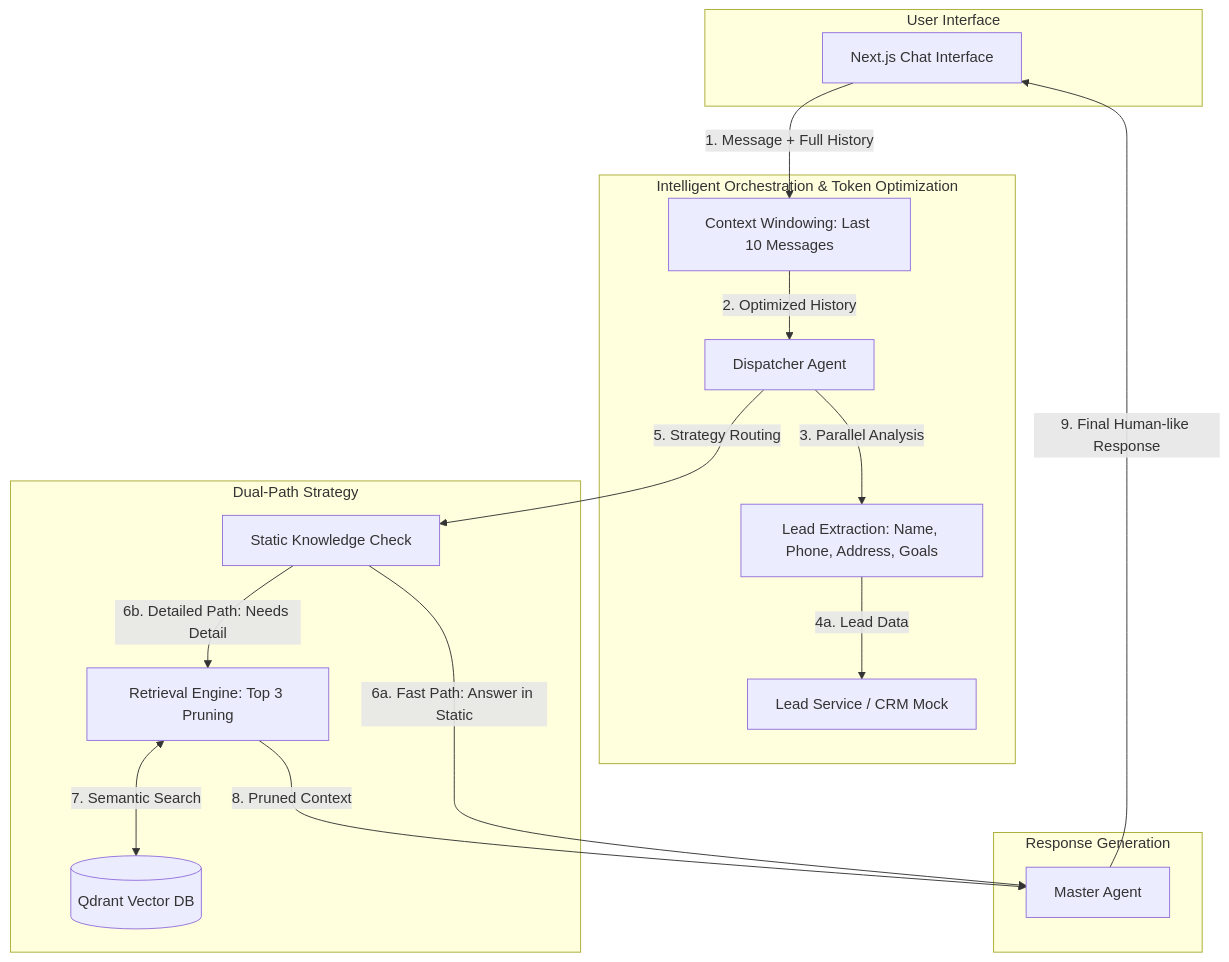
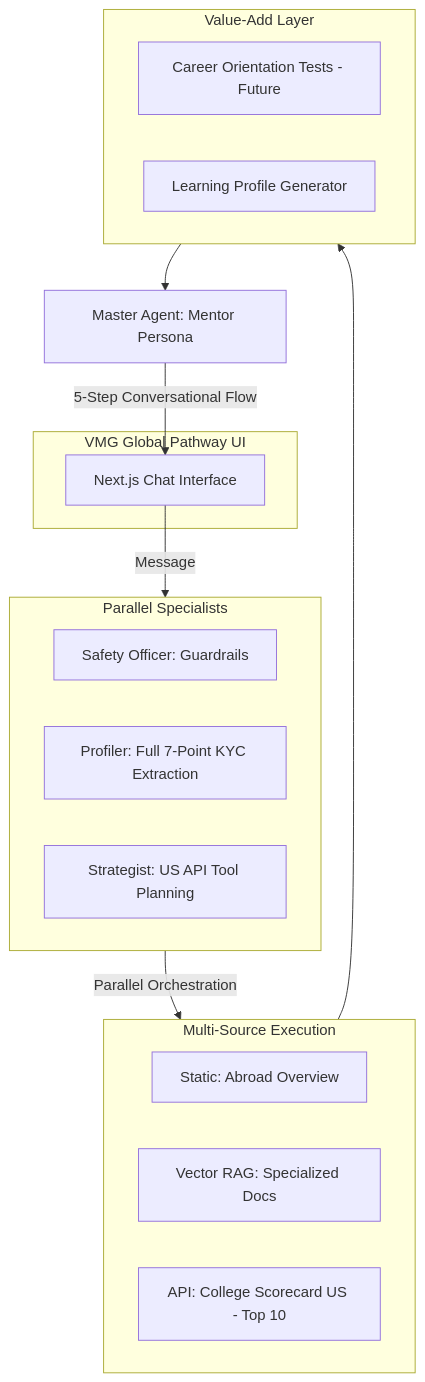
The second of 2 diagrams in README.md (DragonL57/vmg_chatbot), drawn with Mermaid before and after one commit. The commit also changed other lines of this file and 16 other files, not shown here.

First line of the commit message:
feat: Integrate College Scorecard API for U.S. college data in Study Abroad mode

````diff
--- a/README.md
+++ b/README.md
@@ -9,39 +38,29 @@
 ```mermaid
 graph TD
-    subgraph UI_Layer [User Interface]
-        UI[Next.js Chat Interface]
+    subgraph Abroad_UI [VMG Global Pathway UI]
+        UI2[Next.js Chat Interface]
     end
 
-    subgraph Dispatch_Layer [Intelligent Orchestration & Token Optimization]
-        CW[Context Windowing: Last 10 Messages]
-        DA[Dispatcher Agent]
-        LC[Lead Extraction: Name, Phone, Address, Goals]
-        LS[Lead Service / CRM Mock]
+    subgraph Abroad_Intelligence [Parallel Specialists]
+        SA2[Safety Officer: Guardrails]
+        PR2[Profiler: Full 7-Point KYC Extraction]
+        ST2[Strategist: US API Tool Planning]
     end
 
-    subgraph Knowledge_Retrieval [Dual-Path Strategy]
-        SK[Static Knowledge Check]
-        RE[Retrieval Engine: Top 3 Pruning]
-        KV[(Qdrant Vector DB)]
+    subgraph Abroad_Execution [Multi-Source Execution]
+        SK2[Static: Abroad Overview]
+        RE2[Vector RAG: Specialized Docs]
+        EX2[API: College Scorecard US - Top 10]
     end
 
-    subgraph Synthesis_Layer [Response Generation]
-        MS[Master Agent]
+    subgraph Abroad_Engagement [Value-Add Layer]
+        VT[Career Orientation Tests - Future]
+        LP[Learning Profile Generator]
     end
 
-    UI -->|1. Message + Full History| CW
-    CW -->|2. Optimized History| DA
-    
-    DA -->|3. Parallel Analysis| LC
-    LC -->|4a. Lead Data| LS
-    
-    DA -->|5. Strategy Routing| SK
-    
-    SK -->|6a. Fast Path: Answer in Static| MS
-    SK -->|6b. Detailed Path: Needs Detail| RE
-    
-    RE <-->|7. Semantic Search| KV
-    RE -->|8. Pruned Context| MS
-    
-    MS -->|9. Final Human-like Response| UI
+    UI2 -->|Message| Abroad_Intelligence
+    Abroad_Intelligence -->|Parallel Orchestration| Abroad_Execution
+    Abroad_Execution --> Abroad_Engagement
+    Abroad_Engagement --> MS2[Master Agent: Mentor Persona]
+    MS2 -->|5-Step Conversational Flow| UI2
 ```
````
